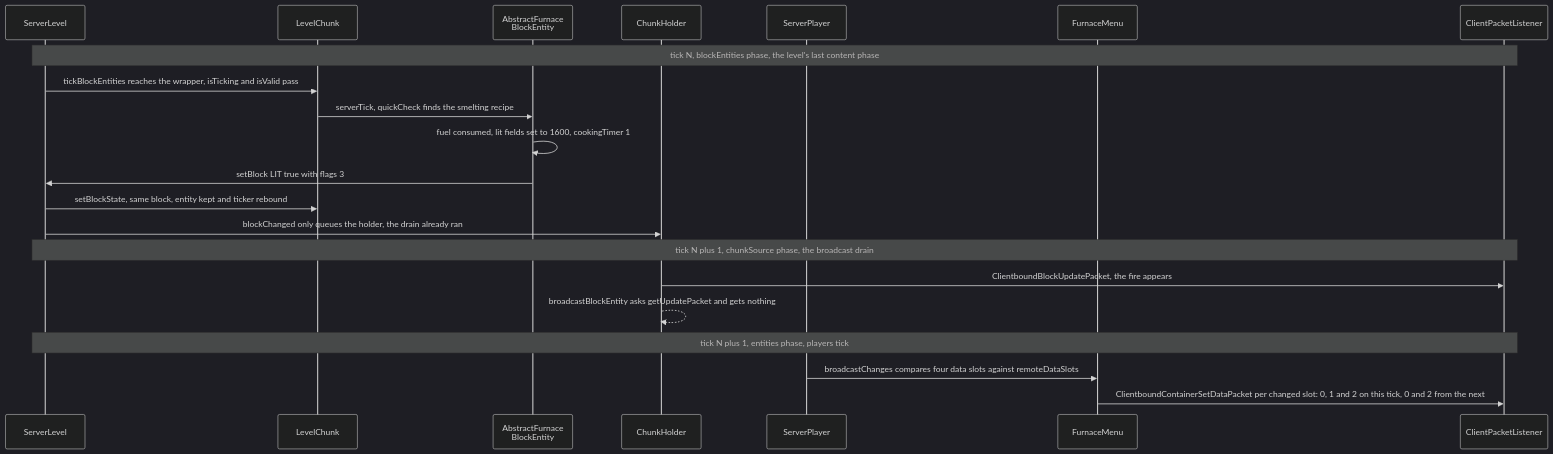
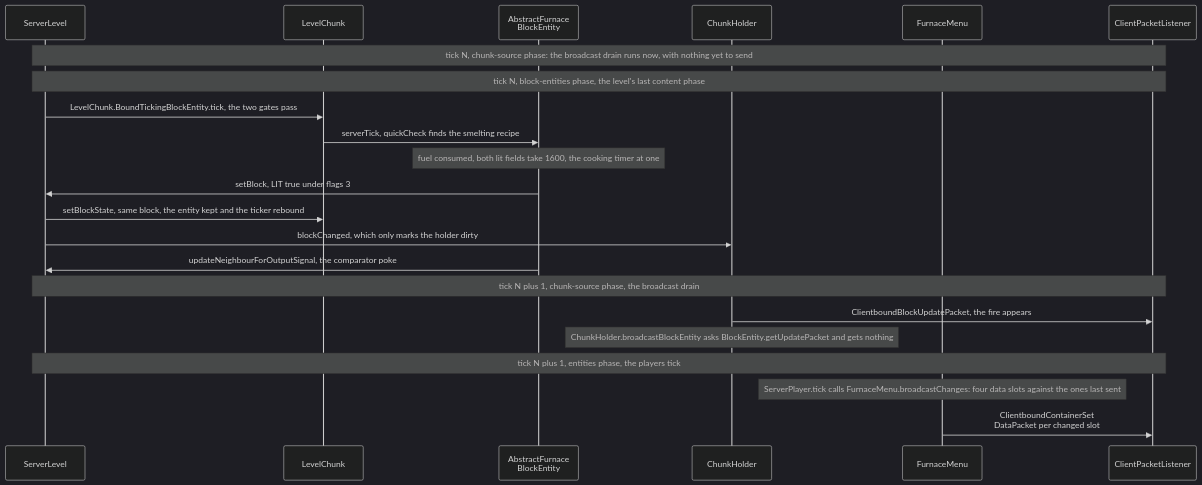
Before and after one commit to AlexanderjFraser/MinecraftDocs: the diagram in src/systems/blocks/block-entities.md, drawn with Mermaid (dark theme). The commit also changed other lines of this file and 12 other files, not shown here.

````diff
--- a/src/systems/blocks/block-entities.md
+++ b/src/systems/blocks/block-entities.md
@@ -155,23 +155,24 @@
 ```mermaid
 sequenceDiagram
     participant SL as ServerLevel
     participant LC as LevelChunk
     participant AFBE as AbstractFurnace<br/>BlockEntity
     participant CH as ChunkHolder
-    participant SP as ServerPlayer
     participant FM as FurnaceMenu
     participant CPL as ClientPacketListener
-    Note over SL,CPL: tick N, blockEntities phase, the level's last content phase
-    SL->>LC: tickBlockEntities reaches the wrapper, isTicking and isValid pass
+    Note over SL,CPL: tick N, chunk-source phase: the broadcast drain runs now, with nothing yet to send
+    Note over SL,CPL: tick N, block-entities phase, the level's last content phase
+    SL->>LC: LevelChunk.BoundTickingBlockEntity.tick, the two gates pass
     LC->>AFBE: serverTick, quickCheck finds the smelting recipe
-    AFBE->>AFBE: fuel consumed, lit fields set to 1600, cookingTimer 1
-    AFBE->>SL: setBlock LIT true with flags 3
-    SL->>LC: setBlockState, same block, entity kept and ticker rebound
-    SL->>CH: blockChanged only queues the holder, the drain already ran
-    Note over SL,CPL: tick N plus 1, chunkSource phase, the broadcast drain
+    Note over AFBE: fuel consumed, both lit fields take 1600, the cooking timer at one
+    AFBE->>SL: setBlock, LIT true under flags 3
+    SL->>LC: setBlockState, same block, the entity kept and the ticker rebound
+    SL->>CH: blockChanged, which only marks the holder dirty
+    AFBE->>SL: updateNeighbourForOutputSignal, the comparator poke
+    Note over SL,CPL: tick N plus 1, chunk-source phase, the broadcast drain
     CH->>CPL: ClientboundBlockUpdatePacket, the fire appears
-    CH-->>CH: broadcastBlockEntity asks getUpdatePacket and gets nothing
-    Note over SL,CPL: tick N plus 1, entities phase, players tick
-    SP->>FM: broadcastChanges compares four data slots against remoteDataSlots
-    FM->>CPL: ClientboundContainerSetDataPacket per changed slot: 0, 1 and 2 on this tick, 0 and 2 from the next
+    Note over CH: ChunkHolder.broadcastBlockEntity asks BlockEntity.getUpdatePacket and gets nothing
+    Note over SL,CPL: tick N plus 1, entities phase, the players tick
+    Note over FM: ServerPlayer.tick calls FurnaceMenu.broadcastChanges: four data slots against the ones last sent
+    FM->>CPL: ClientboundContainerSet<br/>DataPacket per changed slot
 ```
````
